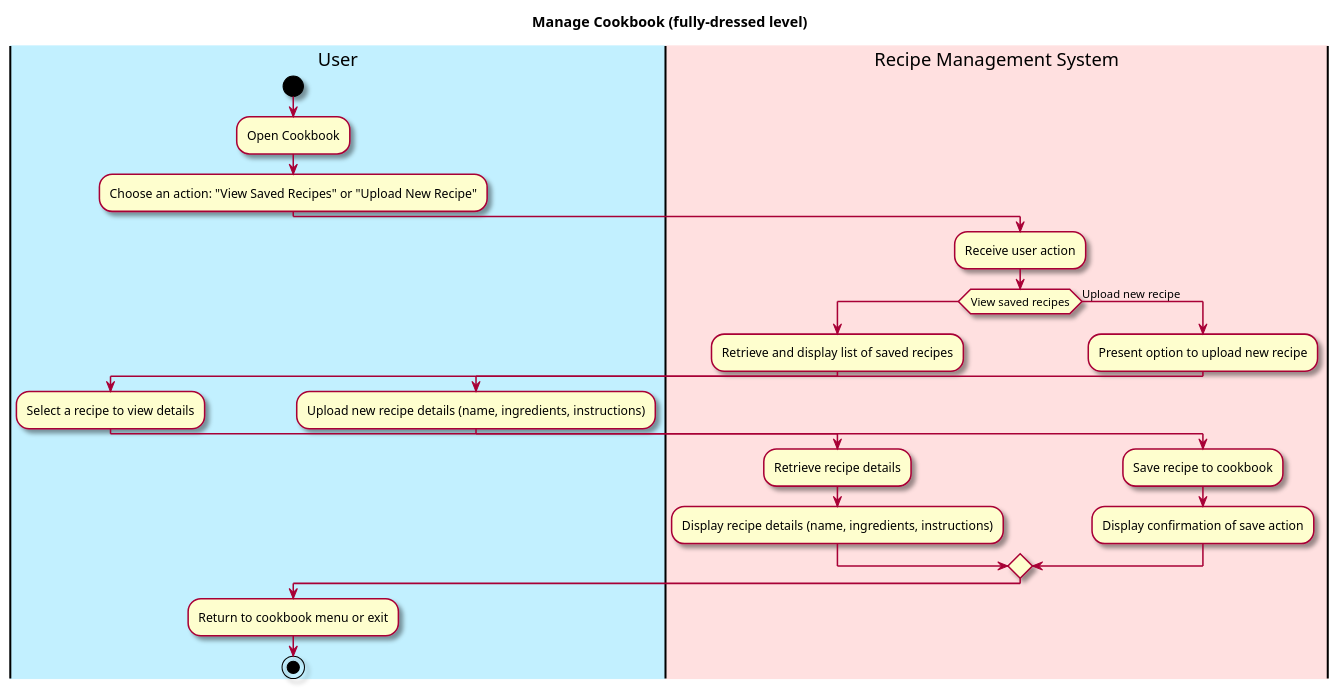
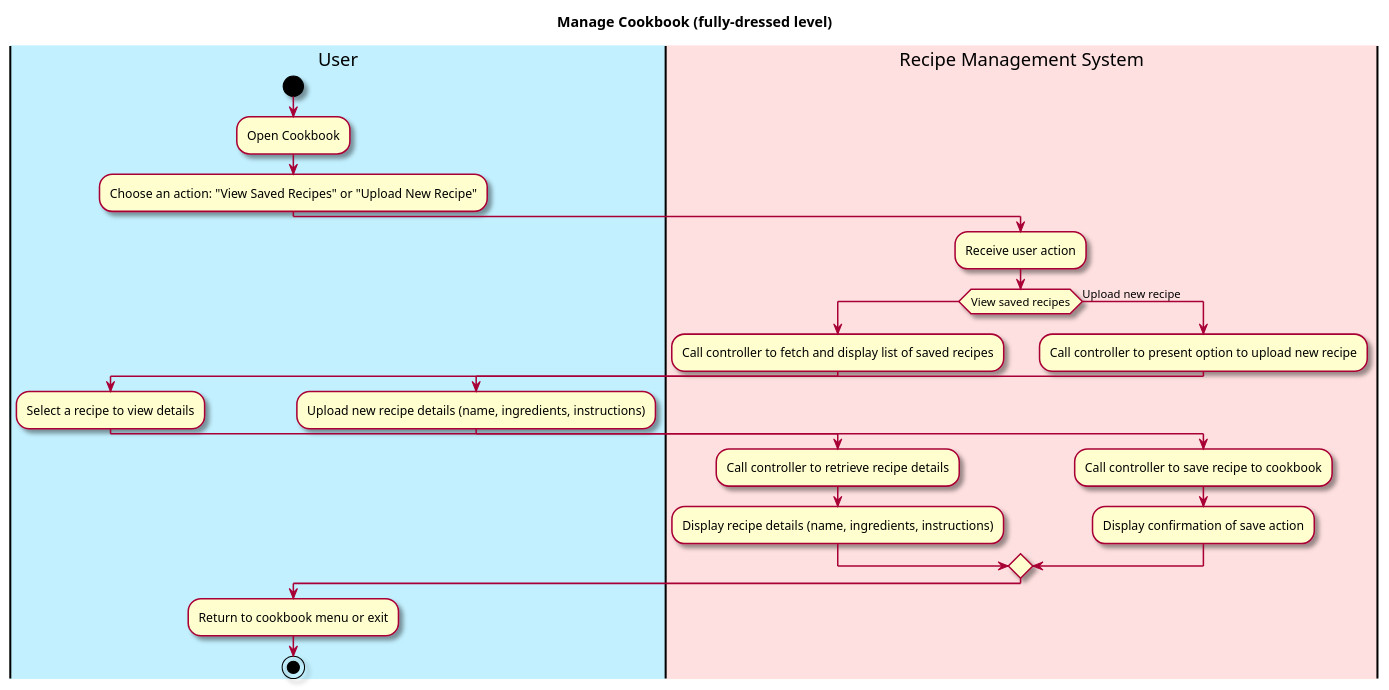
One commit to berthashipper/Pantry-Pal-Android-Application changed the first of 2 diagrams in intellij/doc/use-cases/manage_cookbook.md. Above: the diagram before and after it, drawn with PlantUML. The commit also changed other lines of this file and 11 other files, not shown here.

Commit message:
Updated sequence diagrams and workflows to reflect real code

````diff
--- a/intellij/doc/use-cases/manage_cookbook.md
+++ b/intellij/doc/use-cases/manage_cookbook.md
@@ -30,41 +30,42 @@
 ```plantuml
 @startuml
 
 skin rose
 
 title Manage Cookbook (fully-dressed level)
 
 'define the lanes
 |#application|User|
 |#implementation|Recipe Management System|
 
 |User|
 start
 :Open Cookbook;
 
 :Choose an action: "View Saved Recipes" or "Upload New Recipe";
 |Recipe Management System|
 :Receive user action;
 
 if (View saved recipes) then
-    :Retrieve and display list of saved recipes;
+    :Call controller to fetch and display list of saved recipes;
     |User|
     :Select a recipe to view details;
     |Recipe Management System|
-    :Retrieve recipe details;
+    :Call controller to retrieve recipe details;
     :Display recipe details (name, ingredients, instructions);
 else (Upload new recipe)
-    :Present option to upload new recipe;
+    :Call controller to present option to upload new recipe;
     |User|
     :Upload new recipe details (name, ingredients, instructions);
     |Recipe Management System|
-    :Save recipe to cookbook;
+    :Call controller to save recipe to cookbook;
     :Display confirmation of save action;
 endif
 
 |User|
 :Return to cookbook menu or exit;
 
 stop
 @enduml
+
 ```
````
